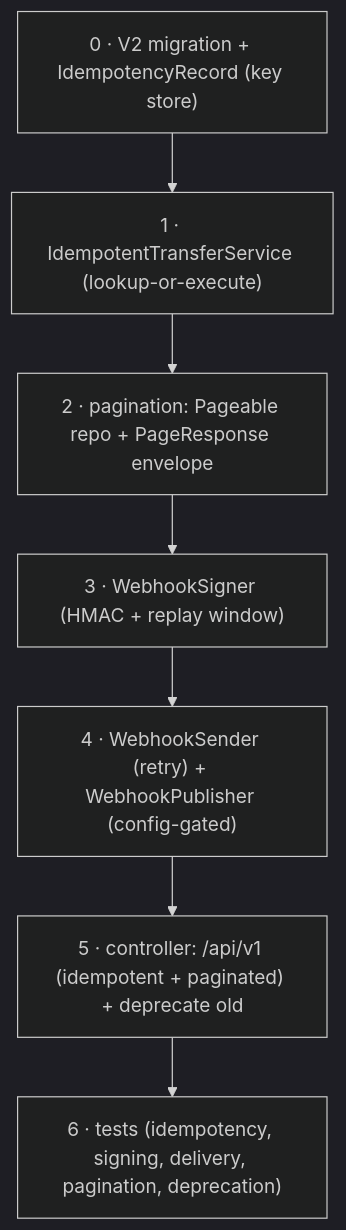
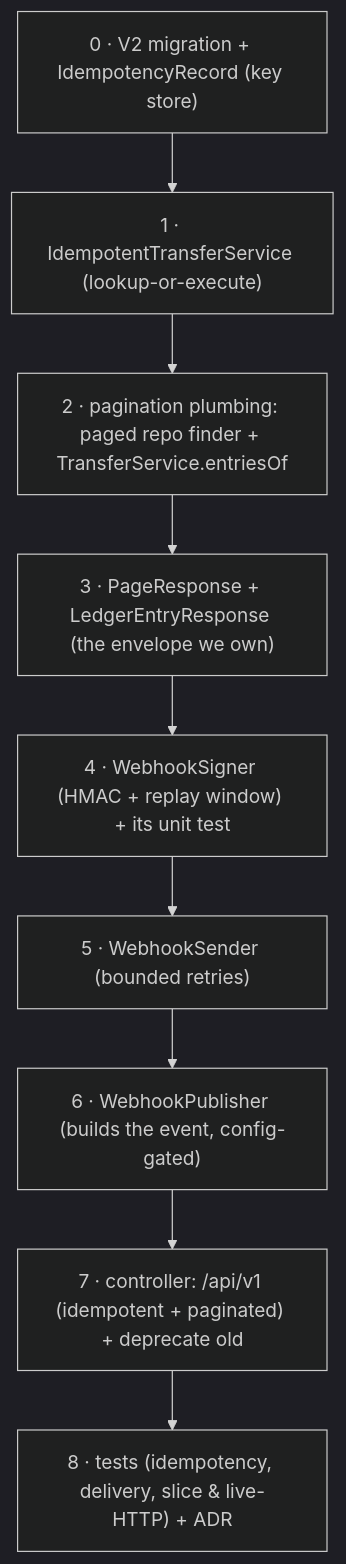
The third of 4 diagrams in steps/step-14/lesson.md (ramishtaha/build-a-bank), drawn with Mermaid (dark theme) before and after one commit. The commit also changed other lines of this file and 3 other files, not shown here.

````diff
--- a/steps/step-14/lesson.md
+++ b/steps/step-14/lesson.md
@@ -213,9 +260,11 @@
 ```mermaid
 flowchart TB
     a["0 · V2 migration + IdempotencyRecord (key store)"] --> b["1 · IdempotentTransferService (lookup-or-execute)"]
-    b --> c["2 · pagination: Pageable repo + PageResponse envelope"]
-    c --> d["3 · WebhookSigner (HMAC + replay window)"]
-    d --> e["4 · WebhookSender (retry) + WebhookPublisher (config-gated)"]
-    e --> f["5 · controller: /api/v1 (idempotent + paginated) + deprecate old"]
-    f --> g["6 · tests (idempotency, signing, delivery, pagination, deprecation)"]
+    b --> c["2 · pagination plumbing: paged repo finder + TransferService.entriesOf"]
+    c --> d["3 · PageResponse + LedgerEntryResponse (the envelope we own)"]
+    d --> e["4 · WebhookSigner (HMAC + replay window) + its unit test"]
+    e --> f["5 · WebhookSender (bounded retries)"]
+    f --> g["6 · WebhookPublisher (builds the event, config-gated)"]
+    g --> h["7 · controller: /api/v1 (idempotent + paginated) + deprecate old"]
+    h --> i["8 · tests (idempotency, delivery, slice & live-HTTP) + ADR"]
 ```
````
